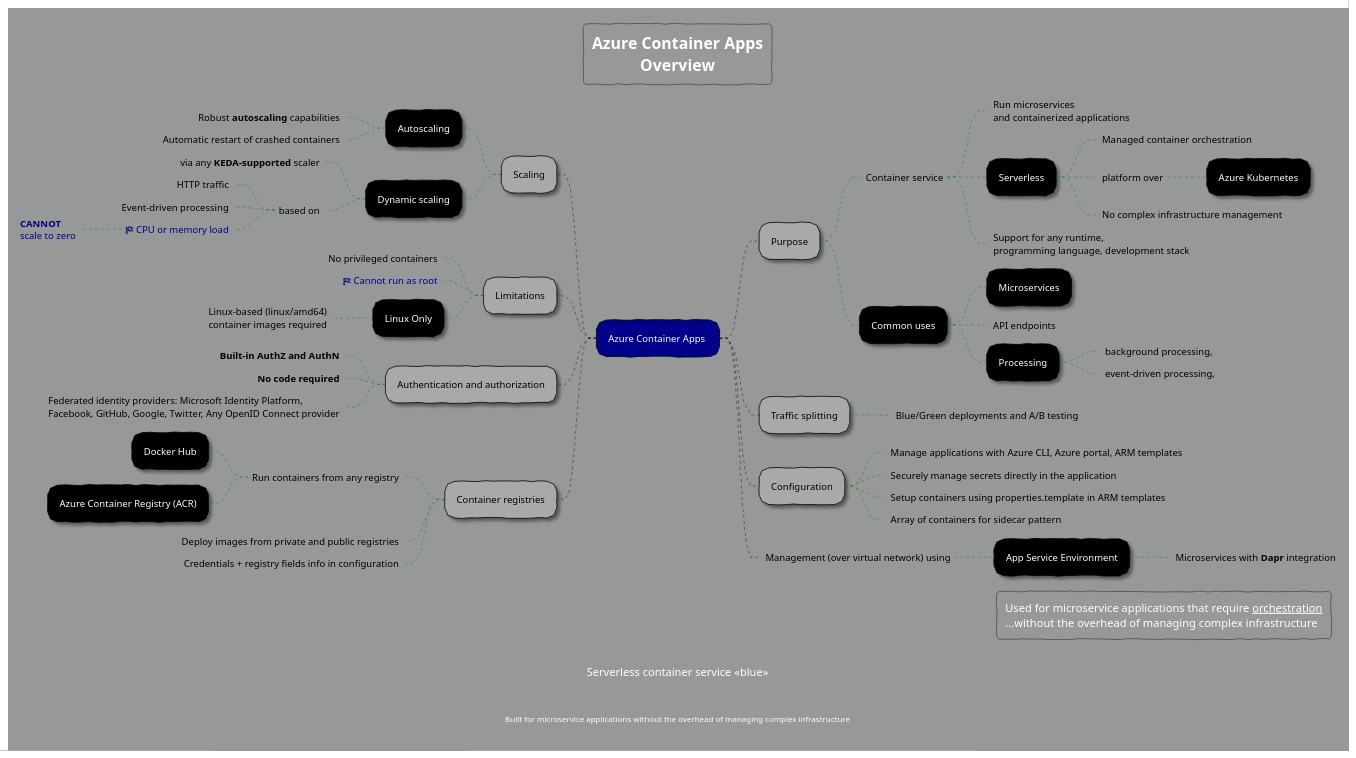
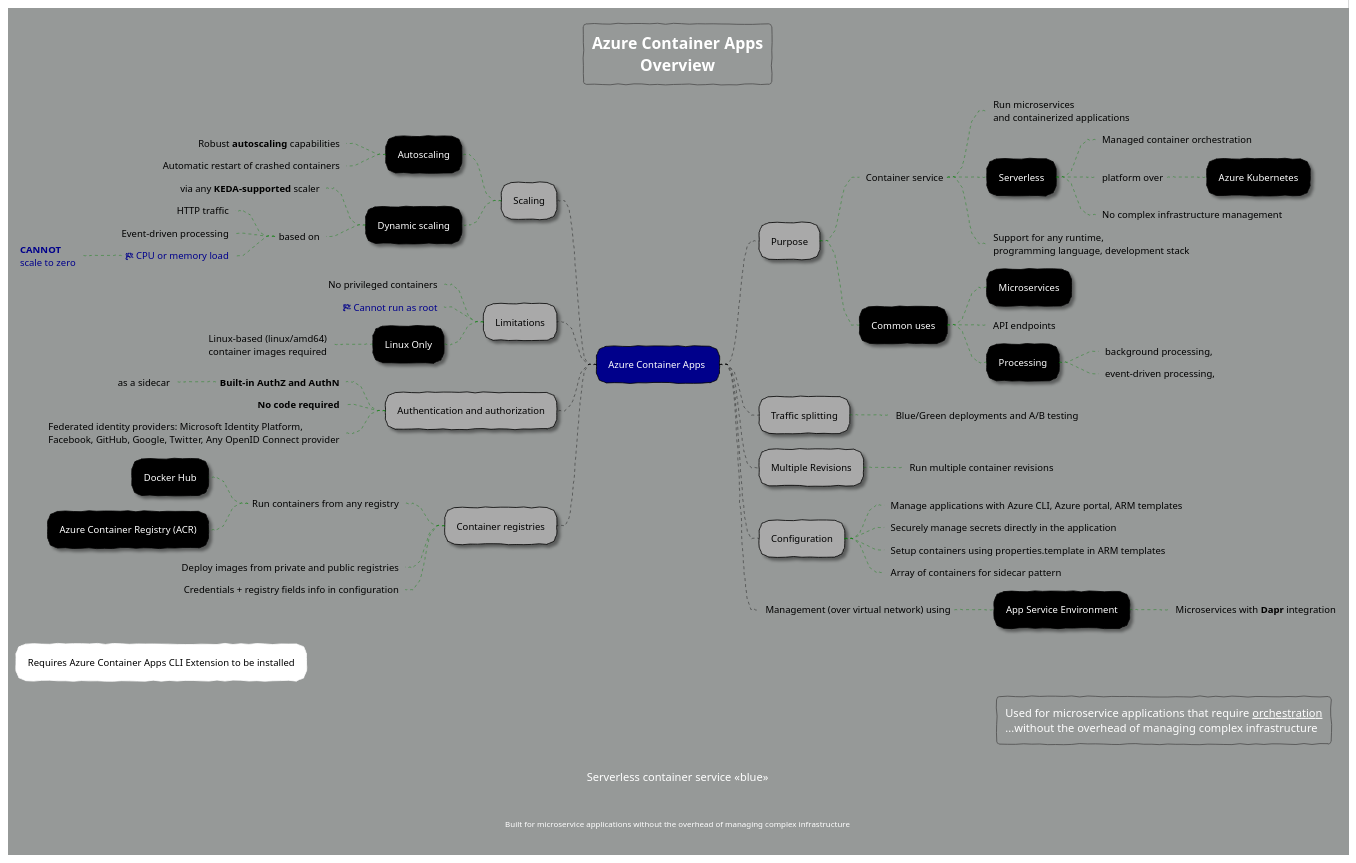
The diagram in Notes/Diagrams/ContainerApps/container-apps-overview.plantuml (rob-bl8ke/Az204-Containerization), drawn with PlantUML before and after one commit. The commit also changed 6 other files, not shown here.

Commit message:
Updates to Azure Container Apps security and revisions

```diff
--- a/Notes/Diagrams/ContainerApps/container-apps-overview.plantuml
+++ b/Notes/Diagrams/ContainerApps/container-apps-overview.plantuml
@@ -1,132 +1,137 @@
-@startmindmap "Azure Container Apps"
+@startmindmap "Azure Container Apps Overview"
 
 title Azure Container Apps\nOverview
 
 ' Available themes: https://plantuml.com/theme
 !theme sketchy
 
 ' skinparam backgroundColor #e8edec
 skinparam backgroundColor #969998
 
 <style>
     mindMapDiagram {
         .root {
             BackgroundColor darkblue
             LineColor black
             FontColor white
         }
 
         .blue {
             FontColor darkblue
         }
 
         node {
             FontColor white
             LineColor black
             BackgroundColor black
             Shadowing 2.0
             RoundCorner 25
         }
         :depth(0) {
             FontColor black
             LineColor white
             BackgroundColor white
             Shadowing 0.0
         }
         :depth(1) {
             FontColor black
             BackgroundColor darkgrey
             Shadowing 2.0
         }
 
         arrow {
             LineStyle 4
             LineThickness 0.5
             LineColor green
         }
 
         boxless {
             FontColor black
             Margin 10
             Padding 10
             MaximumWidth 400
         }
     }
 </style>
 
 caption Serverless container service <<blue>>
 footer Built for microservice applications without the overhead of managing complex infrastructure
 
 legend right
 Used for microservice applications that require __orchestration__
 ...without the overhead of managing complex infrastructure
 endlegend
 
 + Azure Container Apps <<root>>
 ++ Purpose
 +++_ Container service
 ++++_ Run microservices\nand containerized applications
 ++++ Serverless
 +++++_ Managed container orchestration
 +++++_ platform over
 ++++++ Azure Kubernetes
 +++++_ No complex infrastructure management
 
 -- Scaling
 --- Autoscaling
 ----_ Robust **autoscaling** capabilities
 ----_ Automatic restart of crashed containers
 
 
 --- Dynamic scaling
 ----_  via any **KEDA-supported** scaler
 ----_ based on
 -----_ HTTP traffic
 -----_ Event-driven processing
 -----_ <&flag> CPU or memory load <<blue>>
 ------_ **CANNOT**\nscale to zero <<blue>>
 
 ++++_ Support for any runtime,\nprogramming language, development stack
 +++ Common uses
 ++++ Microservices
 ++++_ API endpoints
 ++++ Processing
 +++++_ background processing, 
 +++++_ event-driven processing, 
 
 -- Limitations
 ---_ No privileged containers
 ---_ <&flag> Cannot run as root <<blue>>
 --- Linux Only
 ----_ Linux-based (linux/amd64)\ncontainer images required
 
 
 
 
 ++ Traffic splitting
 +++_ Blue/Green deployments and A/B testing
 
+++ Multiple Revisions
++++_ Run multiple container revisions
 
 ++ Configuration
 +++_ Manage applications with Azure CLI, Azure portal, ARM templates
 +++_ Securely manage secrets directly in the application
 +++_ Setup containers using properties.template in ARM templates
 +++_ Array of containers for sidecar pattern
 
 ++_ Management (over virtual network) using
 +++ App Service Environment
 ++++_ Microservices with **Dapr** integration
 
 -- Authentication and authorization
 ---_ **Built-in AuthZ and AuthN**
+----_ as a sidecar
 ---_ **No code required**
 ---_ Federated identity providers: Microsoft Identity Platform,\nFacebook, GitHub, Google, Twitter, Any OpenID Connect provider
 
 -- Container registries
 ---_ Run containers from any registry
 ---- Docker Hub
 ---- Azure Container Registry (ACR)
 ---_ Deploy images from private and public registries
 ---_ Credentials + registry fields info in configuration
 
++ Requires Azure Container Apps CLI Extension to be installed
+
 @endmindmap
```
